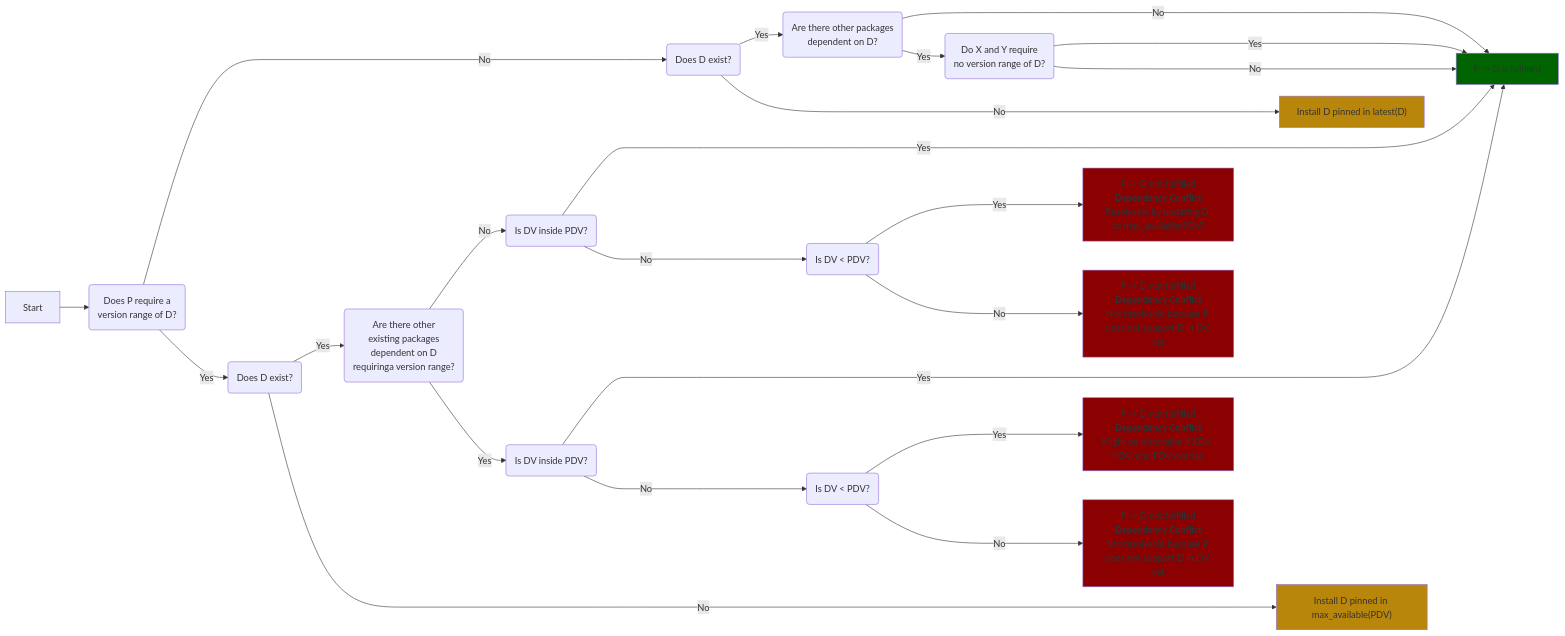
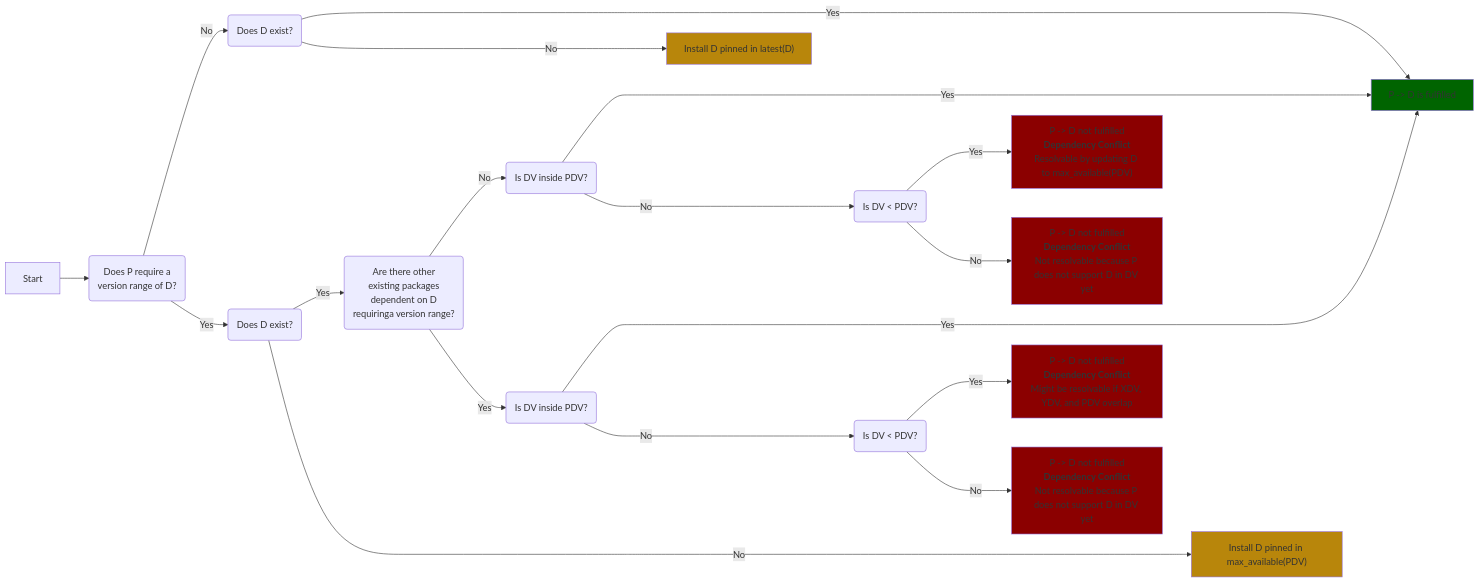
The diagram in website/docs/05_design/dependency-management.md (glasskube/glasskube), drawn with Mermaid before and after one commit.

Commit message:
docs(website): remove unnecessary branch in dependency management diagram

````diff
--- a/website/docs/05_design/dependency-management.md
+++ b/website/docs/05_design/dependency-management.md
@@ -18,58 +18,50 @@
 ```mermaid
 %%{init: {'themeVariables': {'flowchart': {'useWidth': 10000} }}}%%
 flowchart LR
 
 Start --> A("Does P require a<br>version range of D?")
 
 %% Branch when P requires no version range of D
 
 A -->|No| B("Does D exist?")
 
-B -->|Yes| C("Are there other packages<br>dependent on D?")
-
-C -->|No| Fulfilled["P -> D is fulfilled"]
-
-C -->|Yes| E("Do X and Y require<br>no version range of D?")
-
-E ---->|Yes| Fulfilled
-
-E ---->|No| Fulfilled
+B -->|Yes| Fulfilled["P -> D is fulfilled"]
 
 B ----->|No| F["Install D pinned in latest(D)"]
 
 %% Branch when P requires D to be in version range PDV
 
 A -->|Yes| G("Does D exist?")
 
 G -->|Yes| H("Are there other<br>existing packages<br>dependent on D<br>requiringa version range?")
 
 H -->|No| I("Is DV inside PDV?")
 
 I ---->|Yes| Fulfilled
 
 I ---->|No| K("Is DV < PDV?")
 
 K --->|Yes| L["P -> D not fulfilled<br><b>Dependency Conflict</b><br>Resolvable by updating D to max_available(PDV)"]
 
 K --->|No| M["P -> D not fulfilled<br><b>Dependency Conflict</b><br>Not resolvable because P does not support D in DV yet"]
 
 H -->|Yes| N("Is DV inside PDV?")
 
 N -------->|Yes| Fulfilled
 
 N ---->|No| P("Is DV < PDV?")
 
 P --->|Yes| Q["P -> D not fulfilled<br><b>Dependency Conflict</b><br>Might be resolvable if XDV, YDV, and PDV overlap"]
 
 P --->|No| R["P -> D not fulfilled<br><b>Dependency Conflict</b><br>Not resolvable because P does not support D in DV yet"]
 
 G --------->|No| S["Install D pinned in max_available(PDV)"]
 
 style Fulfilled fill:#006400
 style F fill:#B8860B
 style S fill:#B8860B
 style L fill:#8B0000
 style M fill:#8B0000
 style Q fill:#8B0000
 style R fill:#8B0000
 ```
````
